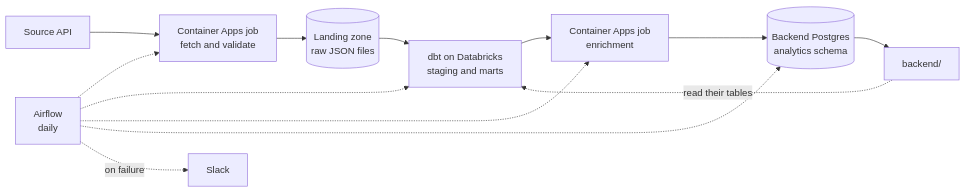
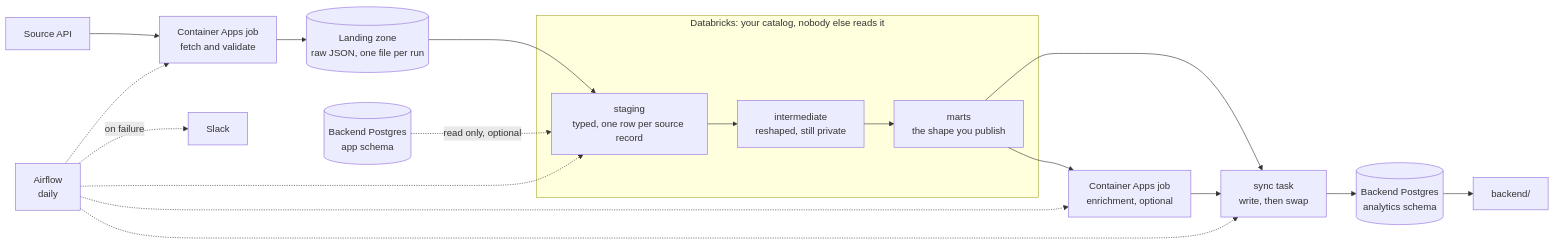
Before and after one commit to HackYourFuture/final-project-template: the diagram in data/README.md, drawn with Mermaid. The commit also changed other lines of this file and 1 other file, not shown here.

Commit message:
docs: make both architecture diagrams show who owns what

````diff
--- a/data/README.md
+++ b/data/README.md
@@ -15,15 +15,26 @@
 ```mermaid
 flowchart LR
     API["Source API"] --> ACA["Container Apps job<br/>fetch and validate"]
-    ACA --> VOL[("Landing zone<br/>raw JSON files")]
-    VOL --> DBT["dbt on Databricks<br/>staging and marts"]
-    DBT --> EN["Container Apps job<br/>enrichment"]
-    EN --> PG[("Backend Postgres<br/>analytics schema")]
+    ACA --> VOL[("Landing zone<br/>raw JSON, one file per run")]
+
+    subgraph dbx["Databricks: your catalog, nobody else reads it"]
+        STG["staging<br/>typed, one row per source record"]
+        INT["intermediate<br/>reshaped, still private"]
+        MART["marts<br/>the shape you publish"]
+    end
+
+    VOL --> STG --> INT --> MART
+
+    MART --> EN["Container Apps job<br/>enrichment, optional"]
+    MART --> SYNC["sync task<br/>write, then swap"]
+    EN --> SYNC
+    SYNC --> PG[("Backend Postgres<br/>analytics schema")]
     PG --> BE["backend/"]
-    BE -.->|read their tables| DBT
+    APP[("Backend Postgres<br/>app schema")] -.->|"read only, optional"| STG
+
     AF["Airflow<br/>daily"] -.-> ACA
-    AF -.-> DBT
+    AF -.-> STG
     AF -.-> EN
-    AF -.-> PG
-    AF -.->|on failure| SL["Slack"]
+    AF -.-> SYNC
+    AF -.->|"on failure"| SL["Slack"]
 ```
````
